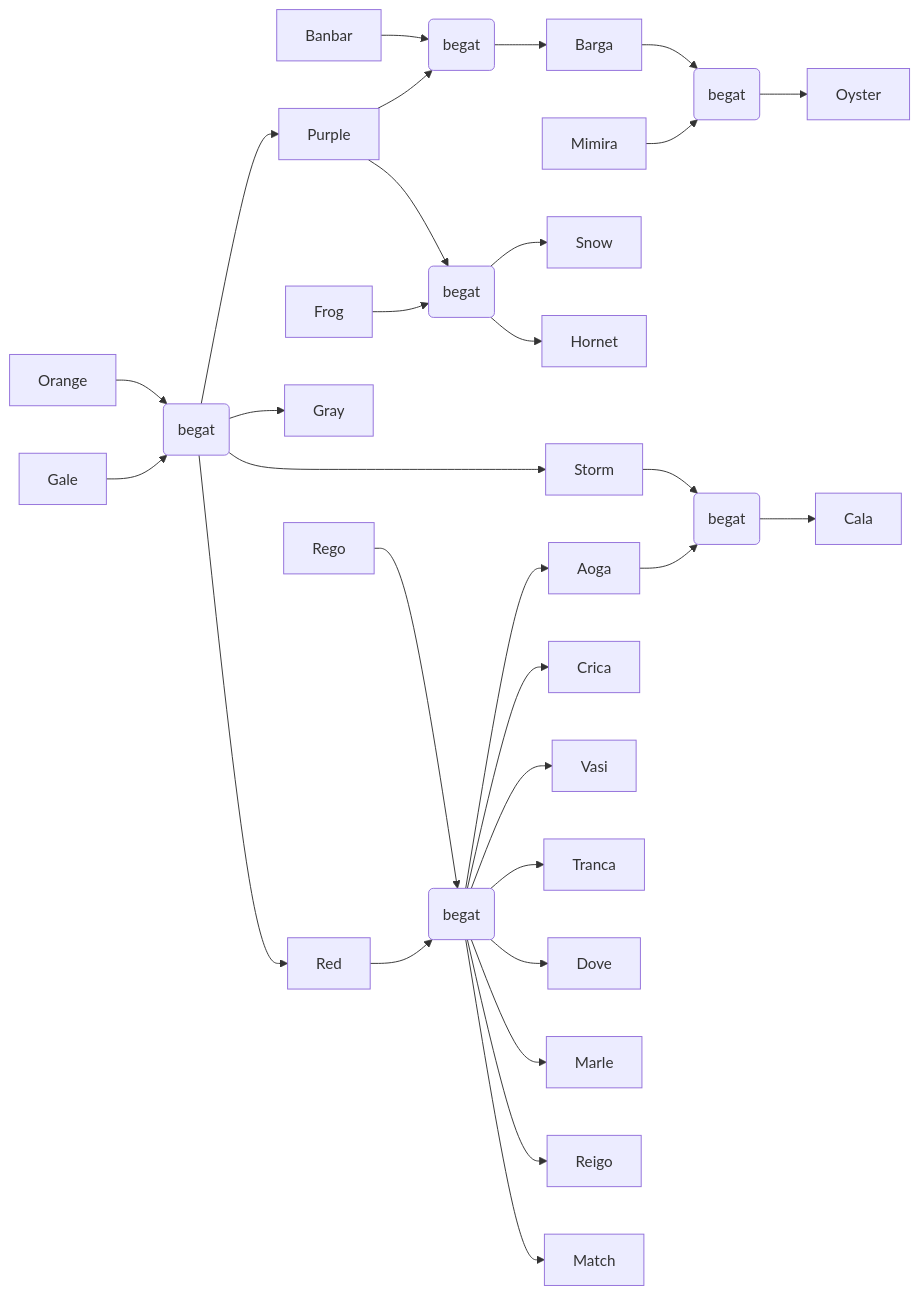
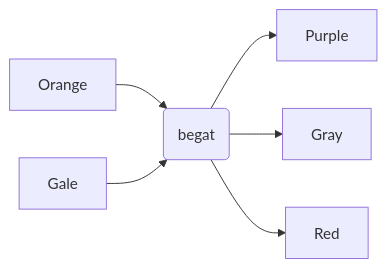
The diagram in plays/BaidaTribe2025/Baida-FamilyTrees.md (WuphonsReach/rimworld-notes), drawn with Mermaid before and after one commit.

Commit message:
restart the family tree

````diff
--- a/plays/BaidaTribe2025/Baida-FamilyTrees.md
+++ b/plays/BaidaTribe2025/Baida-FamilyTrees.md
@@ -5,32 +5,8 @@
 ```mermaid
 flowchart LR
   Orange --> OrangeGale(begat)
   Gale --> OrangeGale(begat)
-  Banbar --> PurpleBanbar(begat)
-  Purple --> PurpleBanbar(begat)
-  PurpleBanbar --> Barga
-  Barga --> BargaMimira(begat)
-  Mimira --> BargaMimira(begat)
-  BargaMimira --> Oyster
-  Purple --> PurpleFrog(begat)
-  Frog --> PurpleFrog(begat)
-  PurpleFrog --> Snow
-  PurpleFrog --> Hornet
   OrangeGale --> Purple
   OrangeGale --> Gray
-  OrangeGale --> Storm
   OrangeGale --> Red
-  Red --> RedRego(begat)
-  Rego --> RedRego(begat)
-  RedRego --> Aoga
-  RedRego --> Crica
-  RedRego --> Vasi
-  RedRego --> Tranca
-  RedRego --> Dove
-  RedRego --> Marle
-  RedRego --> Reigo
-  RedRego --> Match
-  Aoga --> AogaStorm(begat)
-  Storm --> AogaStorm(begat)
-  AogaStorm --> Cala
 ```
````
